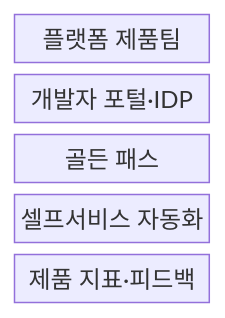
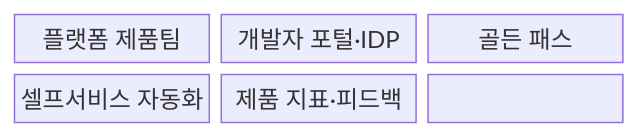
The first of 2 diagrams in src/content/docs/notes/08-latest-tech/175_platform_engineering.md (agnusdei1207/knowledge-base), drawn with Mermaid before and after one commit. The commit also changed other lines of this file and 228 other files, not shown here.

````diff
--- a/src/content/docs/notes/08-latest-tech/175_platform_engineering.md
+++ b/src/content/docs/notes/08-latest-tech/175_platform_engineering.md
@@ -53,9 +52,11 @@
 ```mermaid
 block-beta
-  columns 1
-  A["플랫폼 제품팀"]
-  B["개발자 포털·IDP"]
-  C["골든 패스"]
-  D["셀프서비스 자동화"]
-  E["제품 지표·피드백"]
+  columns 3
+  N0["플랫폼 제품팀"]
+  N1["개발자 포털·IDP"]
+  N2["골든 패스"]
+  N3["셀프서비스 자동화"]
+  N4["제품 지표·피드백"]
+  N0 --- N1 --- N2
+  N2 --- N3 --- N4
 ```
````
